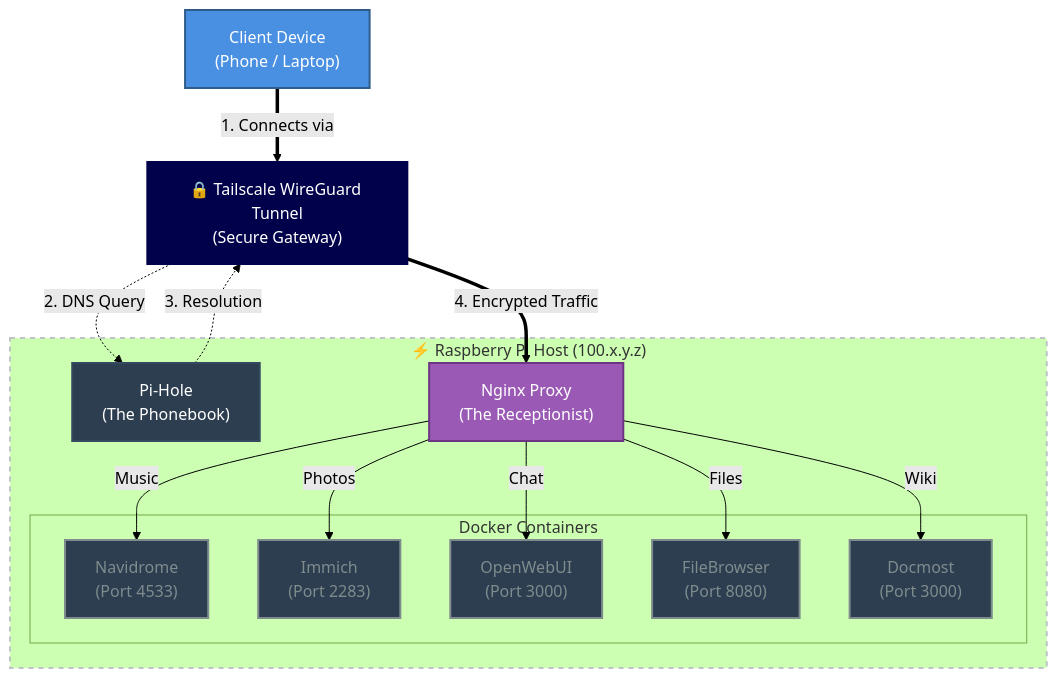
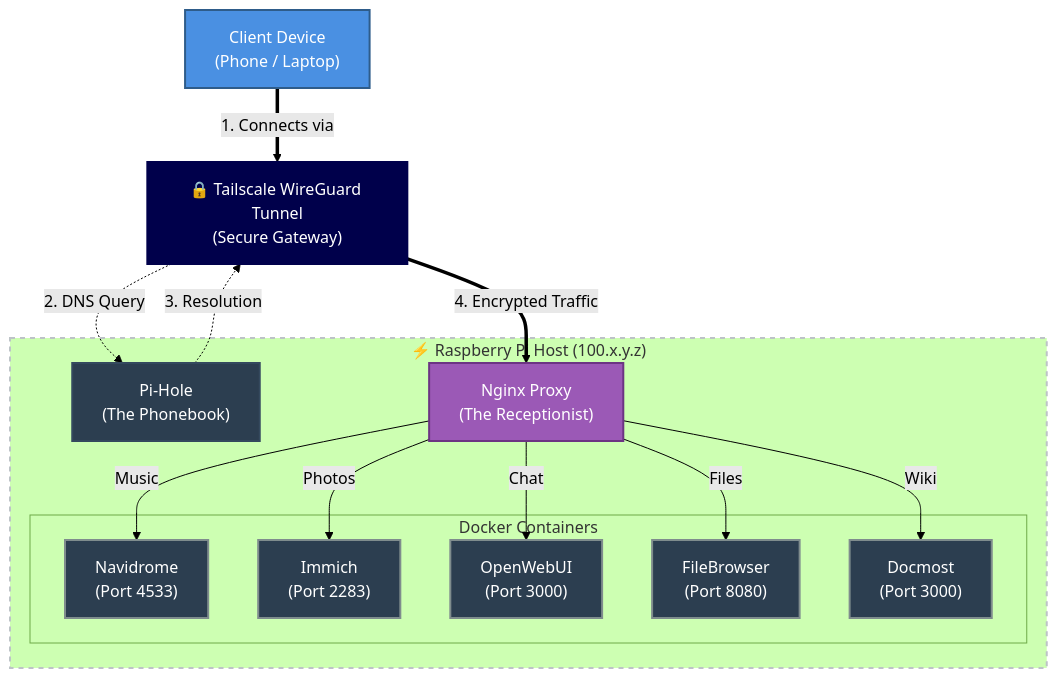
One commit to spaceadler/homelab changed the diagram in README.md. Above: the diagram before and after it, drawn with Mermaid (forest theme).

````diff
--- a/README.md
+++ b/README.md
@@ -55,65 +55,65 @@
 ```mermaid
 graph TD
 %% --- STYLING DEFINITIONS ---
     
     %% CLIENT (The User Device) -> Currently Bright Blue
     %% fill: Background Color | stroke: Border Color | color: Text Color
     classDef client fill:#4A90E2,stroke:#2E5C8A,stroke-width:2px,color:#fff;
 
     %% DNS (Pi-Hole) -> Currently Dark Navy/Grey
     classDef dns fill:#2C3E50,stroke:#34495E,stroke-width:2px,color:#fff;
 
     %% PROXY (Nginx) -> Currently Purple
     classDef proxy fill:#9B59B6,stroke:#6C3483,stroke-width:2px,color:#fff;
 
     %% SERVICES (The Containers) -> Currently Light Grey/White
-    classDef service fill:#2C3E50,stroke:#7F8C8D,stroke-width:2px,color:#7F8C8D;
+    classDef service fill:#2C3E50,stroke:#7F8C8D,stroke-width:2px,color:#fff;
 
     %% VPN (The Tailscale Box) -> Currently Deep Midnight Blue
     classDef vpn fill:#00004B,stroke:#00004B,stroke-width:2px,color:#fff; 
 
     %% HOST (The Raspberry Pi Box) -> Currently White with Dashed Border
     classDef host fill:##0D1117,stroke:#BDC3C7,stroke-width:2px,stroke-dasharray: 5 5;
 
     %% NODES
     User["Client Device<br/>(Phone / Laptop)"]:::client
     
     %% THE VPN TUNNEL (The Box the phone goes through)
     VPN["🔒 Tailscale WireGuard Tunnel<br/>(Secure Gateway)"]:::vpn
 
     subgraph Host [" ⚡ Raspberry Pi Host (100.x.y.z) "]
         
         PiHole["Pi-Hole<br/>(The Phonebook)"]:::dns
         Nginx["Nginx Proxy<br/>(The Receptionist)"]:::proxy
         
         subgraph Containers [" Docker Containers "]
             Music["Navidrome<br/>(Port 4533)"]:::service
             Immich["Immich<br/>(Port 2283)"]:::service
             AI["OpenWebUI<br/>(Port 3000)"]:::service
             Files["FileBrowser<br/>(Port 8080)"]:::service
             Docs["Docmost<br/>(Port 3000)"]:::service
         end
     end
 
     %% LOGIC FLOW
     
     %% Step 1: The Secure Connection
     User ==>|"1. Connects via"| VPN
 
     %% Step 2: DNS (Through the Tunnel)
     VPN -.->|"2. DNS Query"| PiHole
     PiHole -.->|"3. Resolution"| VPN
 
     %% Step 3: Traffic (Through the Tunnel to Nginx)
     VPN ==>|"4. Encrypted Traffic"| Nginx
 
     %% Step 4: Internal Routing
     Nginx -->|"Music"| Music
     Nginx -->|"Photos"| Immich
     Nginx -->|"Chat"| AI
     Nginx -->|"Files"| Files
     Nginx -->|"Wiki"| Docs
 
     %% Style the Host box
     class Host host;
 ```
````
